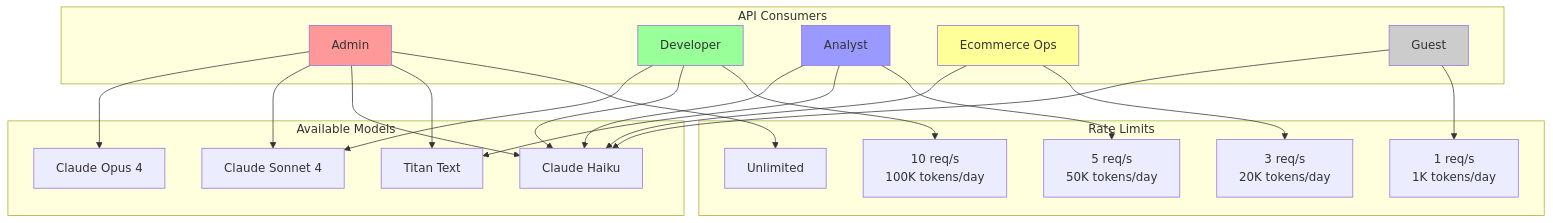
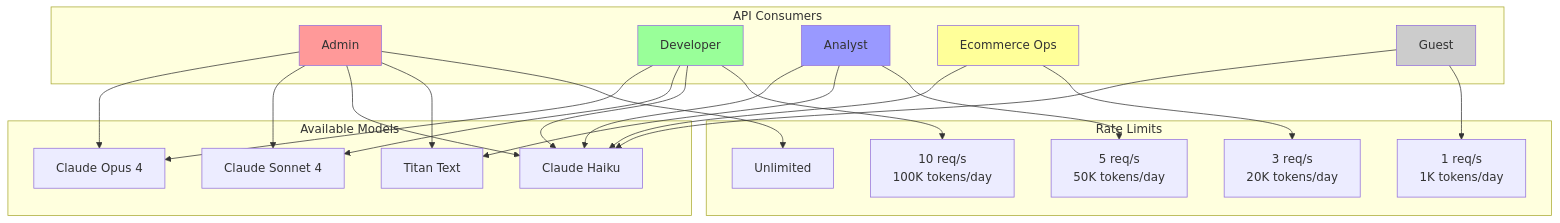
The seventh of 7 diagrams in docs/architecture/c4-architecture.md (lorenzogirardi/gw_llm), drawn with Mermaid before and after one commit. The commit also changed 2 other files, not shown here.

Commit message:
fix: consistent Developer model access (Opus, Sonnet, Haiku) across all docs
- README.md API Reference
- docs/runbooks/token-quota-exceeded.md
- docs/architecture/c4-architecture.md RBAC diagram

````diff
--- a/docs/architecture/c4-architecture.md
+++ b/docs/architecture/c4-architecture.md
@@ -269,46 +269,46 @@
 ```mermaid
 flowchart TB
     subgraph Consumers["API Consumers"]
         admin[Admin]
         developer[Developer]
         analyst[Analyst]
         ops[Ecommerce Ops]
         guest[Guest]
     end
 
     subgraph Models["Available Models"]
         opus[Claude Opus 4]
         sonnet[Claude Sonnet 4]
         haiku[Claude Haiku]
         titan[Titan Text]
     end
 
     subgraph Limits["Rate Limits"]
         admin_limit[Unlimited]
         dev_limit[10 req/s<br/>100K tokens/day]
         analyst_limit[5 req/s<br/>50K tokens/day]
         ops_limit[3 req/s<br/>20K tokens/day]
         guest_limit[1 req/s<br/>1K tokens/day]
     end
 
     admin --> opus & sonnet & haiku & titan
     admin --> admin_limit
 
-    developer --> sonnet & haiku
+    developer --> opus & sonnet & haiku
     developer --> dev_limit
 
     analyst --> haiku & titan
     analyst --> analyst_limit
 
     ops --> haiku
     ops --> ops_limit
 
     guest --> haiku
     guest --> guest_limit
 
     style admin fill:#ff9999
     style developer fill:#99ff99
     style analyst fill:#9999ff
     style ops fill:#ffff99
     style guest fill:#cccccc
 ```
````
